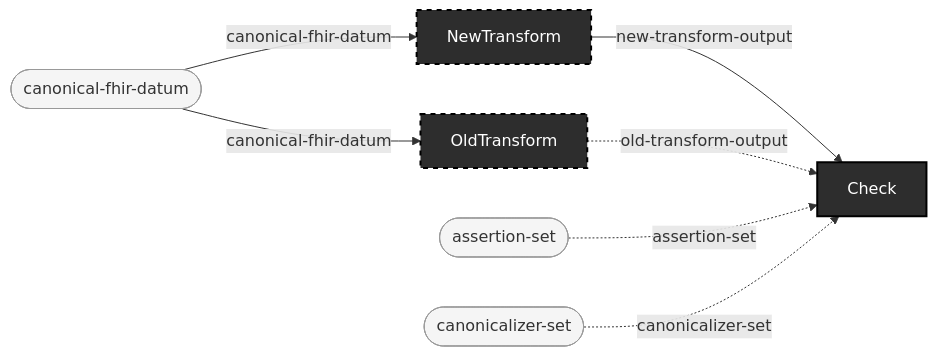
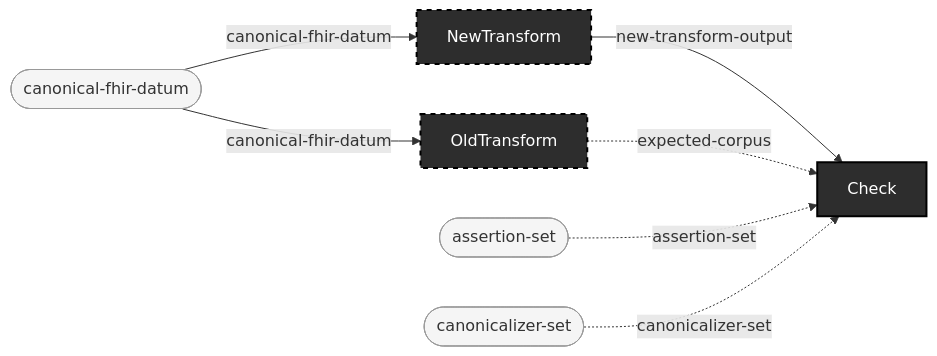
One commit to pragsmike/ehr-testing-tools changed the eighth of 14 diagrams in docs/use-cases.md. Above: the diagram before and after it, drawn with Mermaid. The commit also changed other lines of this file and 4 other files, not shown here.

````diff
--- a/docs/use-cases.md
+++ b/docs/use-cases.md
@@ -467,38 +467,38 @@
 ```mermaid
 flowchart LR
 
     %% --- Source types (raw inputs, not produced by any operation) ---
     assertion_set(["assertion-set"])
     canonical_fhir_datum(["canonical-fhir-datum"])
     canonicalizer_set(["canonicalizer-set"])
 
     %% --- Operations (boxes; spiders use distinct shapes) ---
     OldTransform["OldTransform"]
     NewTransform["NewTransform"]
     Check["Check"]
 
     %% --- Wires (typed connections) ---
     %% Arrow 1: OldTransform
     canonical_fhir_datum -- canonical-fhir-datum --> OldTransform
 
     %% Arrow 2: NewTransform
     canonical_fhir_datum -- canonical-fhir-datum --> NewTransform
 
     %% Arrow 3: Check
     NewTransform -- new-transform-output --> Check
-    OldTransform -. old-transform-output .-> Check
+    OldTransform -. expected-corpus .-> Check
     assertion_set -. assertion-set .-> Check
     canonicalizer_set -. canonicalizer-set .-> Check
 
     %% --- Styling ---
 
     %% Operations: dark boxes (fan=blue, funnel=green, enrichment=outlined, gate=purple, external=dashed)
     style OldTransform fill:#2d2d2d,stroke:#000,color:#fff,stroke-width:2px,stroke-dasharray: 5 5
     style NewTransform fill:#2d2d2d,stroke:#000,color:#fff,stroke-width:2px,stroke-dasharray: 5 5
     style Check fill:#2d2d2d,stroke:#000,color:#fff,stroke-width:2px
 
     %% Source types: light rounded
     style assertion_set fill:#f5f5f5,stroke:#999,color:#333
     style canonical_fhir_datum fill:#f5f5f5,stroke:#999,color:#333
     style canonicalizer_set fill:#f5f5f5,stroke:#999,color:#333
 ```
````
